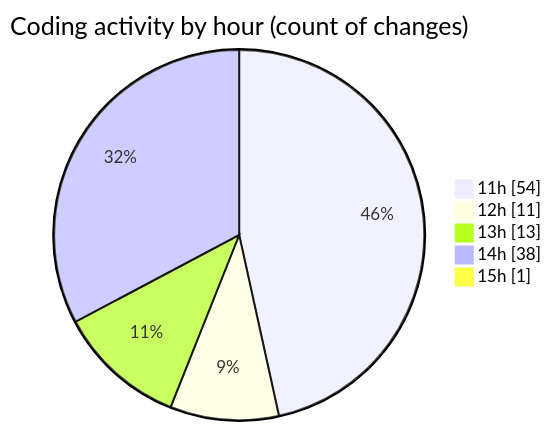
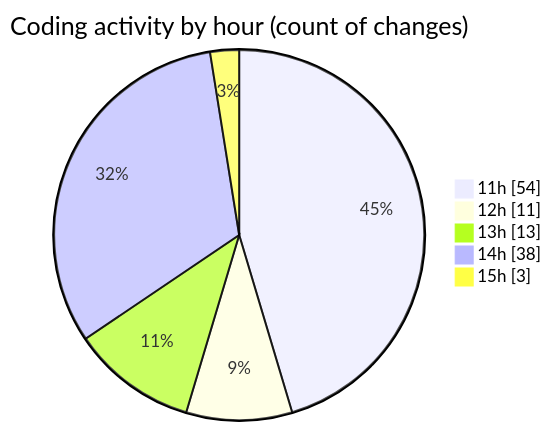
Before and after one commit to robertbonfada/code-tracking: the second of 2 diagrams in 2025-03-17/audiobooks-web/README.md, drawn with Mermaid. The commit also changed other lines of this file and 1 other file, not shown here.

````diff
--- a/2025-03-17/audiobooks-web/README.md
+++ b/2025-03-17/audiobooks-web/README.md
@@ -42,9 +42,9 @@
 ```mermaid
 pie showData
 title Coding activity by hour (count of changes)
 "11h" : 54
 "12h" : 11
 "13h" : 13
 "14h" : 38
-"15h" : 1
+"15h" : 3
 ```
````
